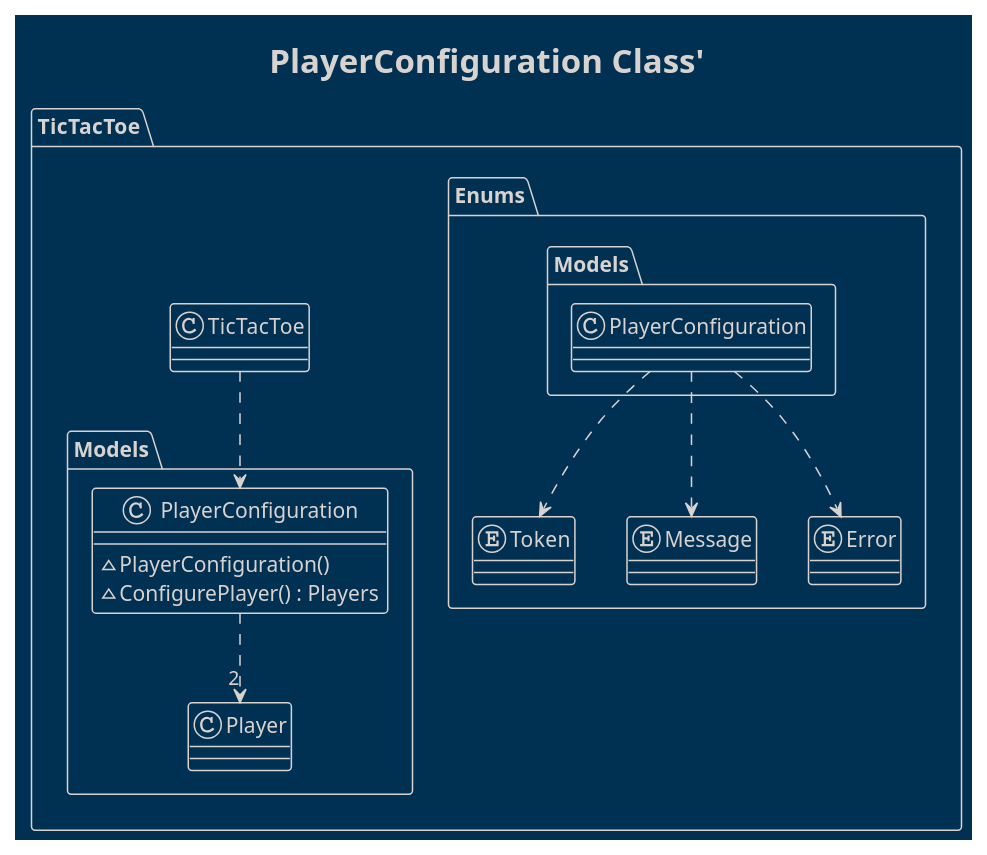
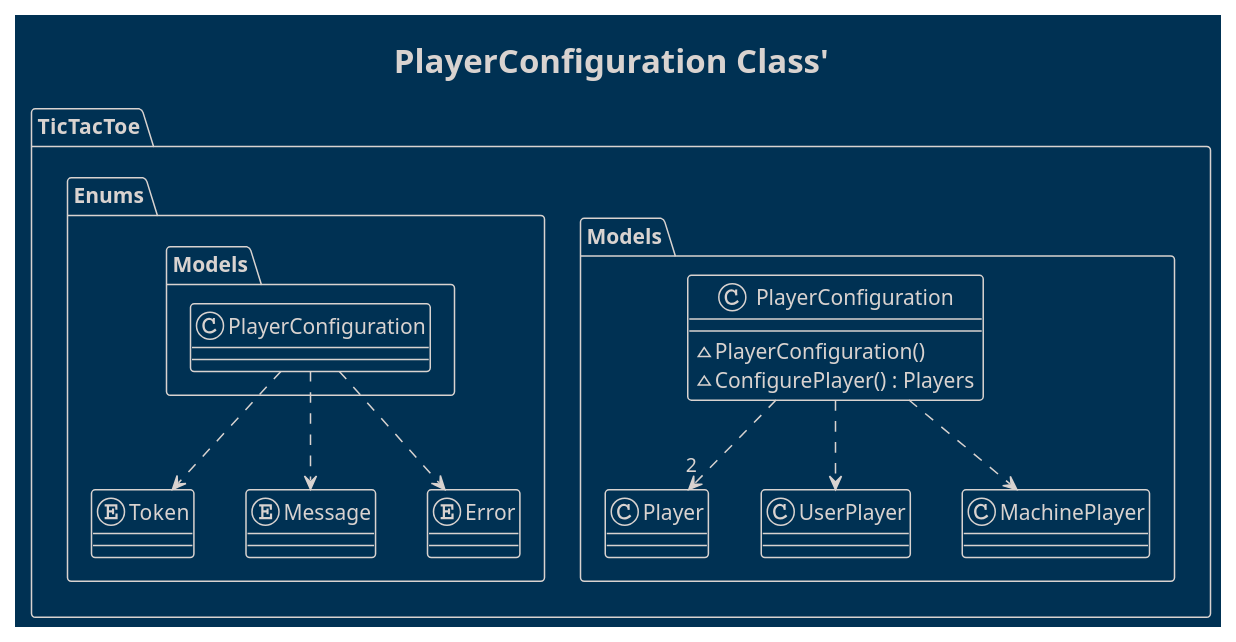
The tenth of 13 diagrams in src/DomainModel/WithMachine/Docs/Anlysis.plantuml (franpaulinoinfante/TicTacToe), drawn with PlantUML before and after one commit. The commit also changed other lines of this file, not shown here.

```diff
--- a/src/DomainModel/WithMachine/Docs/Anlysis.plantuml
+++ b/src/DomainModel/WithMachine/Docs/Anlysis.plantuml
@@ -280,29 +276,29 @@
 @startuml PlayerConfiguration Class Analysis
     !theme blueprint
     title PlayerConfiguration Class' 
     package TicTacToe{
         namespace Models{
-            TicTacToe.TicTacToe ..> PlayerConfiguration
-
             class PlayerConfiguration{
                 ~PlayerConfiguration()
                 ~ConfigurePlayer() : Players
             }
             PlayerConfiguration ..> "2" Player
+            PlayerConfiguration ..> UserPlayer
+            PlayerConfiguration ..> MachinePlayer
         }
 
         namespace Enums{
             enum Token{
             }
             Token <.up. Models.PlayerConfiguration
 
             enum Message{
             }
             Message <.up. Models.PlayerConfiguration
 
             enum Error{
             }
             Error <.up. Models.PlayerConfiguration
         }
     }   
 @enduml
```
